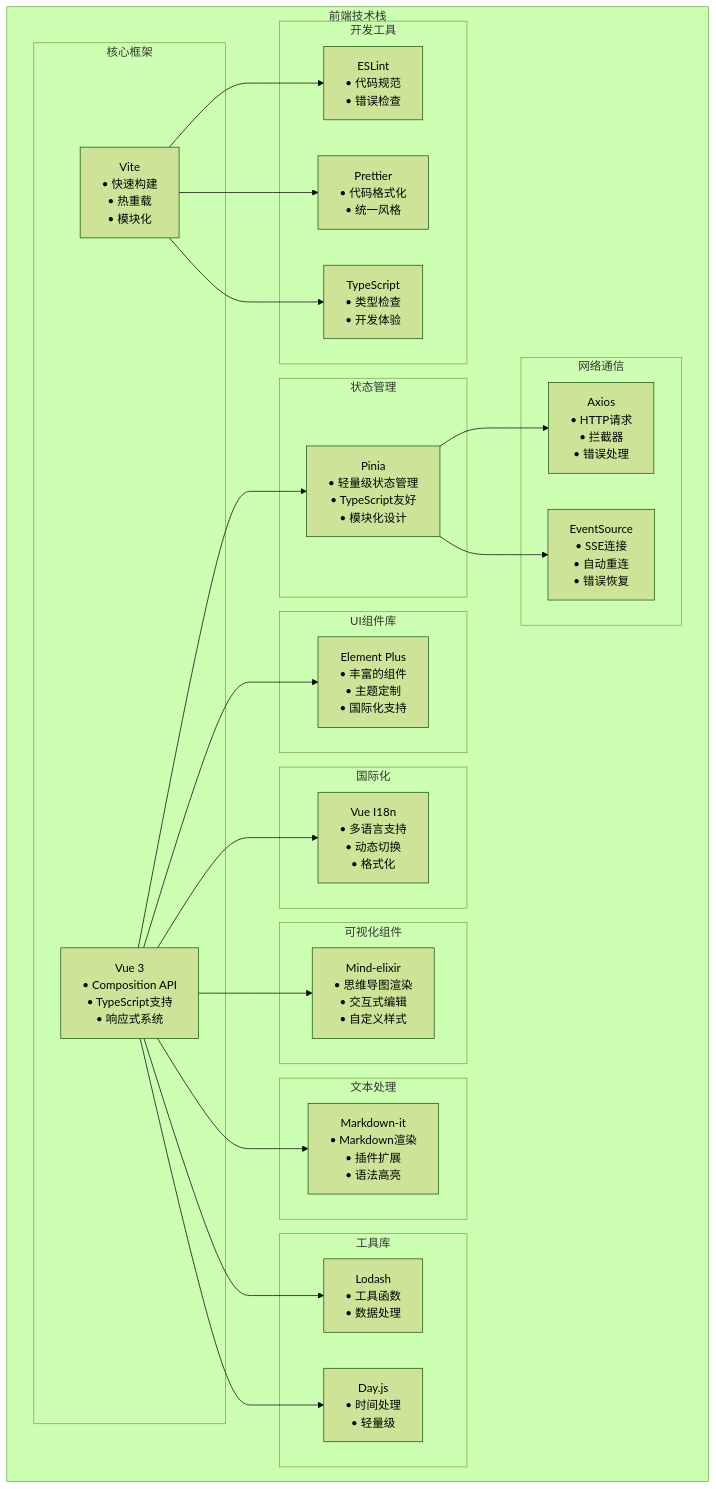
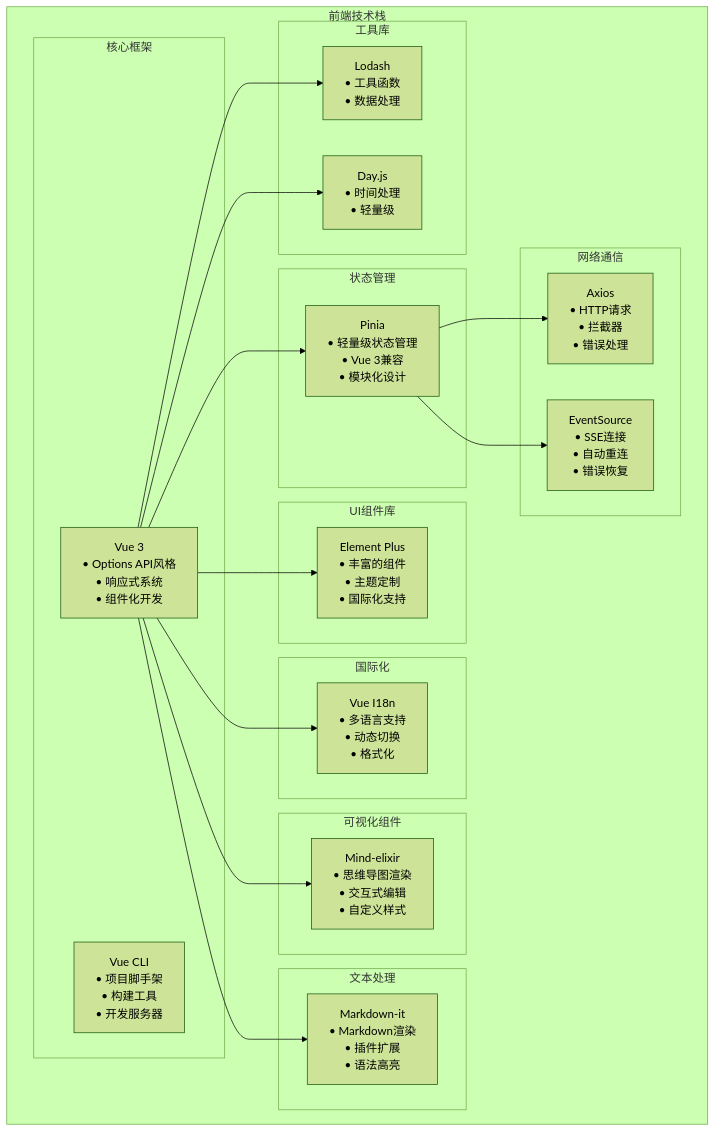
Before and after one commit to Konglinxi0709/ResVizCopilot-2.0.0: the third of 9 diagrams in frontend/前端总体需求和架构设计.md, drawn with Mermaid (forest theme). The commit also changed other lines of this file and 8 other files, not shown here.

````diff
--- a/frontend/前端总体需求和架构设计.md
+++ b/frontend/前端总体需求和架构设计.md
@@ -170,61 +200,53 @@
 ```mermaid
 graph TB
     subgraph "前端技术栈"
         subgraph "核心框架"
-            Vue3["Vue 3<br/>• Composition API<br/>• TypeScript支持<br/>• 响应式系统"]
-            Vite["Vite<br/>• 快速构建<br/>• 热重载<br/>• 模块化"]
+            Vue3["Vue 3<br/>• Options API风格<br/>• 响应式系统<br/>• 组件化开发"]
+            VueCLI["Vue CLI<br/>• 项目脚手架<br/>• 构建工具<br/>• 开发服务器"]
         end
         
         subgraph "状态管理"
-            Pinia["Pinia<br/>• 轻量级状态管理<br/>• TypeScript友好<br/>• 模块化设计"]
+            Pinia["Pinia<br/>• 轻量级状态管理<br/>• Vue 3兼容<br/>• 模块化设计"]
         end
         
         subgraph "UI组件库"
             ElementPlus["Element Plus<br/>• 丰富的组件<br/>• 主题定制<br/>• 国际化支持"]
         end
         
         subgraph "可视化组件"
             MindElixir["Mind-elixir<br/>• 思维导图渲染<br/>• 交互式编辑<br/>• 自定义样式"]
         end
         
         subgraph "文本处理"
             MarkdownIt["Markdown-it<br/>• Markdown渲染<br/>• 插件扩展<br/>• 语法高亮"]
         end
         
         subgraph "网络通信"
             Axios["Axios<br/>• HTTP请求<br/>• 拦截器<br/>• 错误处理"]
             EventSource["EventSource<br/>• SSE连接<br/>• 自动重连<br/>• 错误恢复"]
         end
         
         subgraph "国际化"
             VueI18n["Vue I18n<br/>• 多语言支持<br/>• 动态切换<br/>• 格式化"]
         end
         
         subgraph "工具库"
             Lodash["Lodash<br/>• 工具函数<br/>• 数据处理"]
             DayJS["Day.js<br/>• 时间处理<br/>• 轻量级"]
         end
         
-        subgraph "开发工具"
-            ESLint["ESLint<br/>• 代码规范<br/>• 错误检查"]
-            Prettier["Prettier<br/>• 代码格式化<br/>• 统一风格"]
-            TypeScript["TypeScript<br/>• 类型检查<br/>• 开发体验"]
-        end
+
     end
     
     Vue3 --> Pinia
     Vue3 --> ElementPlus
     Vue3 --> VueI18n
     Vue3 --> MindElixir
     Vue3 --> MarkdownIt
     
     Pinia --> Axios
     Pinia --> EventSource
     
     Vue3 --> Lodash
     Vue3 --> DayJS
-    
-    Vite --> ESLint
-    Vite --> Prettier
-    Vite --> TypeScript
 ```
````
